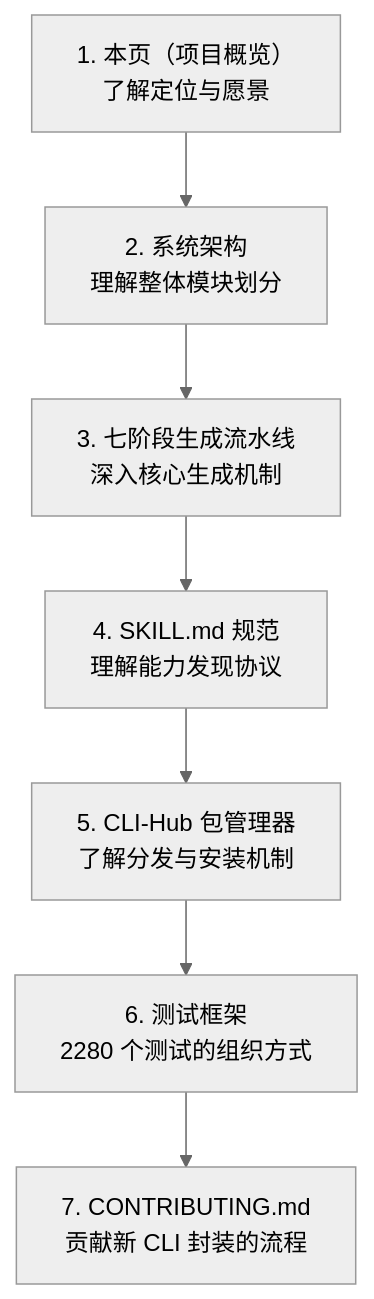
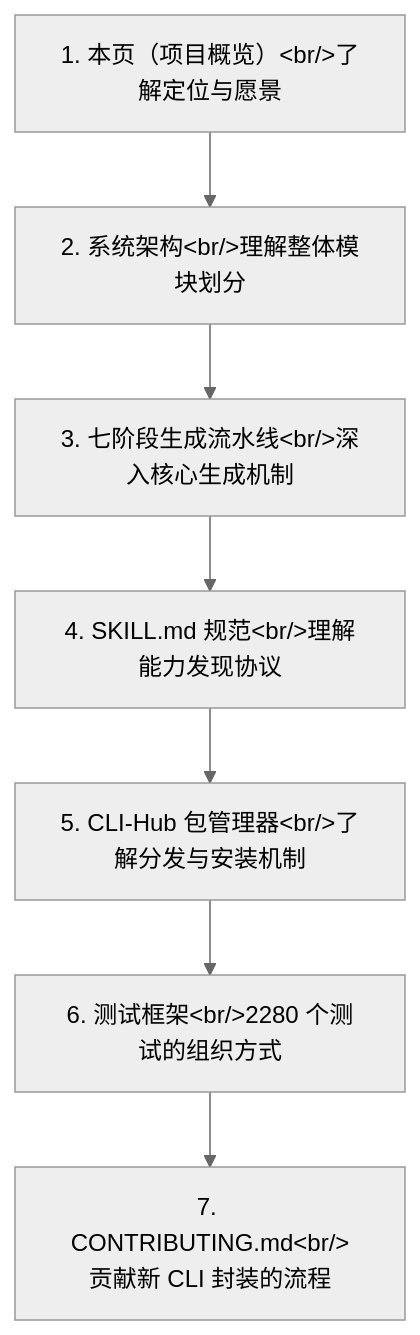
Before and after one commit to dragonforce2010/awesome-ai-repos-deepwiki: the fourth of 30 diagrams in project-wiki/CLI-Anything/exports/full-wiki.md, drawn with Mermaid (neutral theme). The commit also changed other lines of this file and 253 other files, not shown here.

````diff
--- a/project-wiki/CLI-Anything/exports/full-wiki.md
+++ b/project-wiki/CLI-Anything/exports/full-wiki.md
@@ -803,9 +809,9 @@
 ```mermaid
 flowchart TD
-    A["1. 本页（项目概览）<br/>了解定位与愿景"] --> B["2. 系统架构<br/>理解整体模块划分"]
-    B --> C["3. 七阶段生成流水线<br/>深入核心生成机制"]
-    C --> D["4. SKILL.md 规范<br/>理解能力发现协议"]
-    D --> E["5. CLI-Hub 包管理器<br/>了解分发与安装机制"]
-    E --> F["6. 测试框架<br/>2280 个测试的组织方式"]
-    F --> G["7. CONTRIBUTING.md<br/>贡献新 CLI 封装的流程"]
+    A["1. 本页（项目概览）&lt;br/&gt;了解定位与愿景"] --> B["2. 系统架构&lt;br/&gt;理解整体模块划分"]
+    B --> C["3. 七阶段生成流水线&lt;br/&gt;深入核心生成机制"]
+    C --> D["4. SKILL.md 规范&lt;br/&gt;理解能力发现协议"]
+    D --> E["5. CLI-Hub 包管理器&lt;br/&gt;了解分发与安装机制"]
+    E --> F["6. 测试框架&lt;br/&gt;2280 个测试的组织方式"]
+    F --> G["7. CONTRIBUTING.md&lt;br/&gt;贡献新 CLI 封装的流程"]
 ```
````
